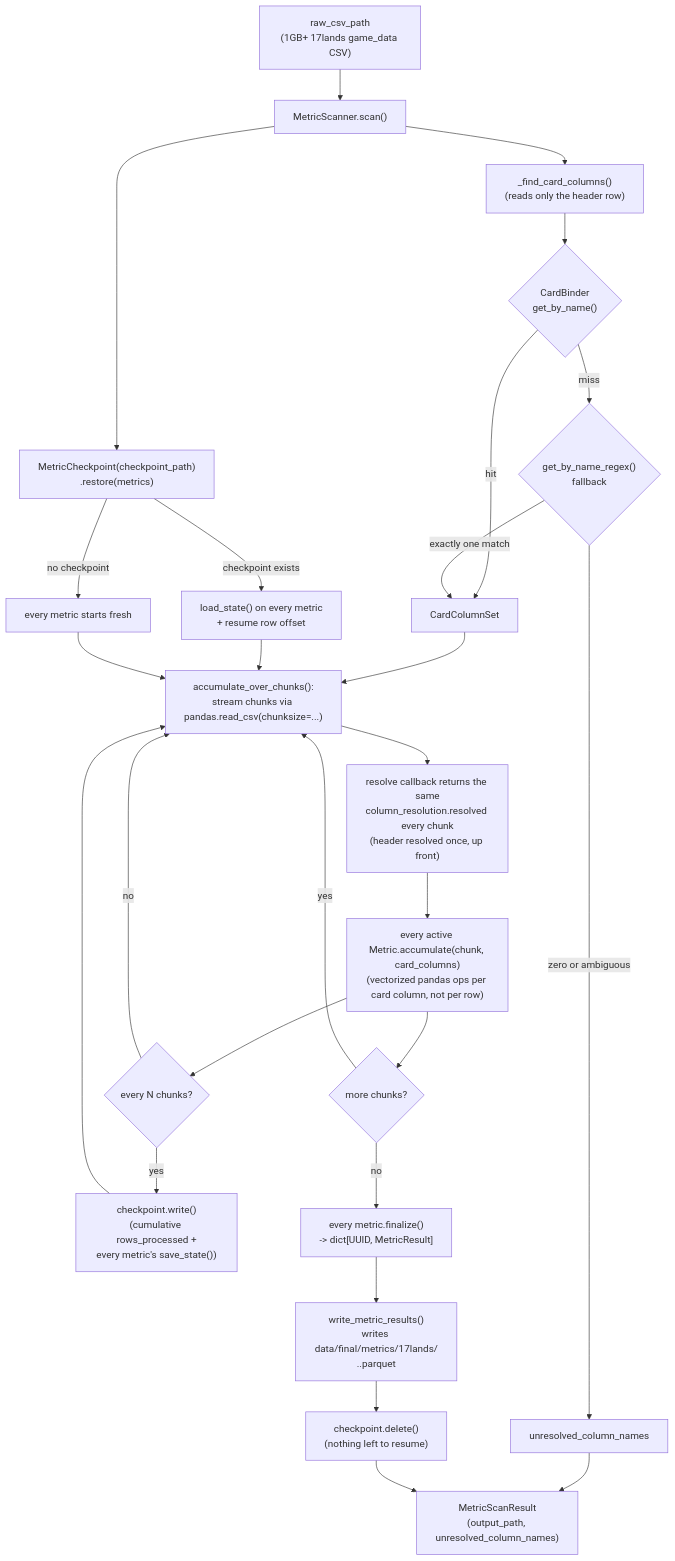
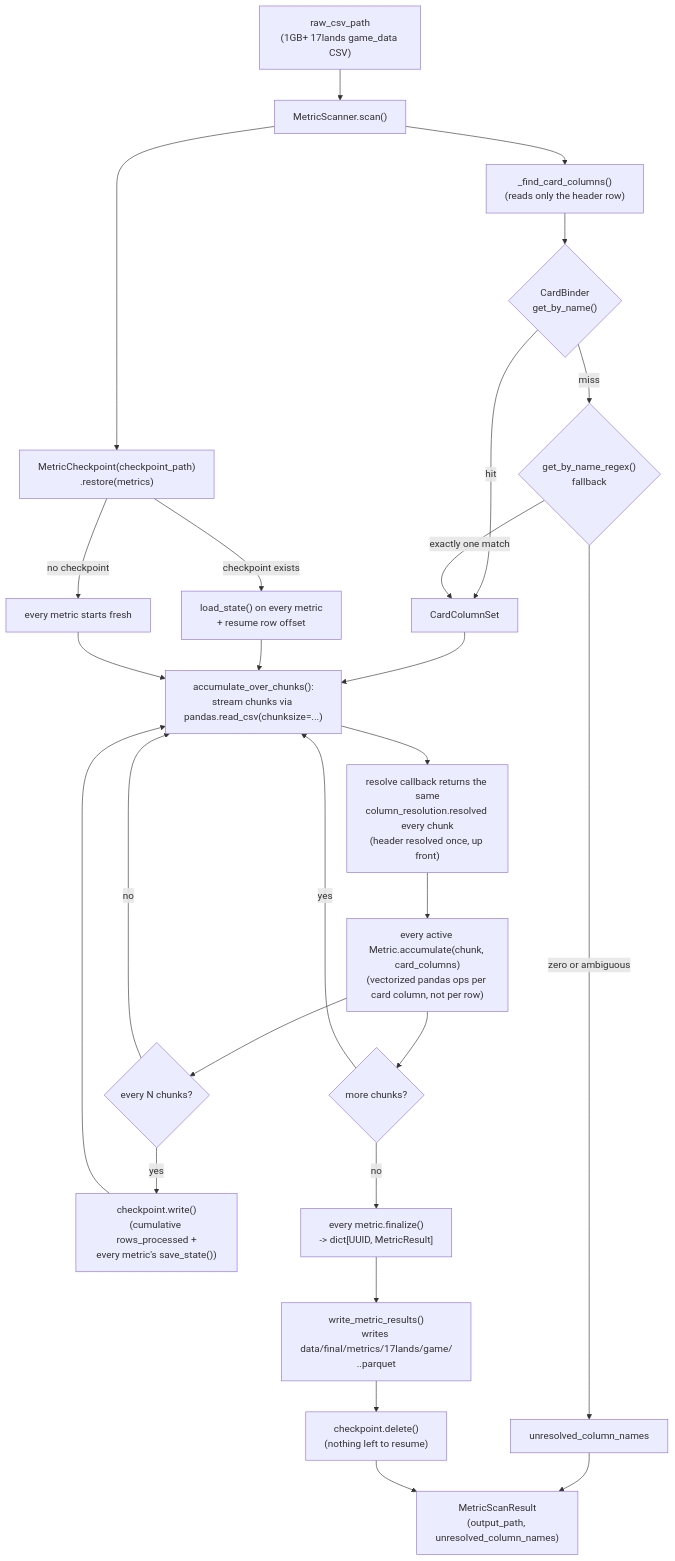
Before and after one commit to toon-leader-bacon/TradingCardGameEmbeddings: the diagram in src/data_refinement/seventeenlands/game_data_metrics/README.md, drawn with Mermaid. The commit also changed other lines of this file and 39 other files, not shown here.

````diff
--- a/src/data_refinement/seventeenlands/game_data_metrics/README.md
+++ b/src/data_refinement/seventeenlands/game_data_metrics/README.md
@@ -97,32 +103,32 @@
 ```mermaid
 flowchart TD
     A["raw_csv_path\n(1GB+ 17lands game_data CSV)"] --> B["MetricScanner.scan()"]
     B --> C["_find_card_columns()\n(reads only the header row)"]
     C --> D{"CardBinder\nget_by_name()"}
     D -- hit --> F["CardColumnSet"]
     D -- miss --> E{"get_by_name_regex()\nfallback"}
     E -- exactly one match --> F
     E -- zero or ambiguous --> G["unresolved_column_names"]
 
     B --> H["MetricCheckpoint(checkpoint_path)\n.restore(metrics)"]
     H -- checkpoint exists --> I["load_state() on every metric\n+ resume row offset"]
     H -- no checkpoint --> J["every metric starts fresh"]
     F --> K
     I --> K
     J --> K
 
     K["accumulate_over_chunks():\nstream chunks via pandas.read_csv(chunksize=...)"] --> L["resolve callback returns the same\ncolumn_resolution.resolved every chunk\n(header resolved once, up front)"]
     L --> M["every active Metric.accumulate(chunk, card_columns)\n(vectorized pandas ops per card column, not per row)"]
     M --> N{"every N chunks?"}
     N -- yes --> O["checkpoint.write()\n(cumulative rows_processed +\nevery metric's save_state())"]
     O --> K
     N -- no --> K
     M --> P{"more chunks?"}
     P -- yes --> K
     P -- no --> Q["every metric.finalize()\n-> dict[UUID, MetricResult]"]
 
-    Q --> R["write_metric_results()\nwrites data/final/metrics/17lands/\n<expansion>.<format>.parquet"]
+    Q --> R["write_metric_results()\nwrites data/final/metrics/17lands/game/\n<expansion>.<format>.parquet"]
     R --> S["checkpoint.delete()\n(nothing left to resume)"]
     G --> T["MetricScanResult\n(output_path, unresolved_column_names)"]
     S --> T
 ```
````
